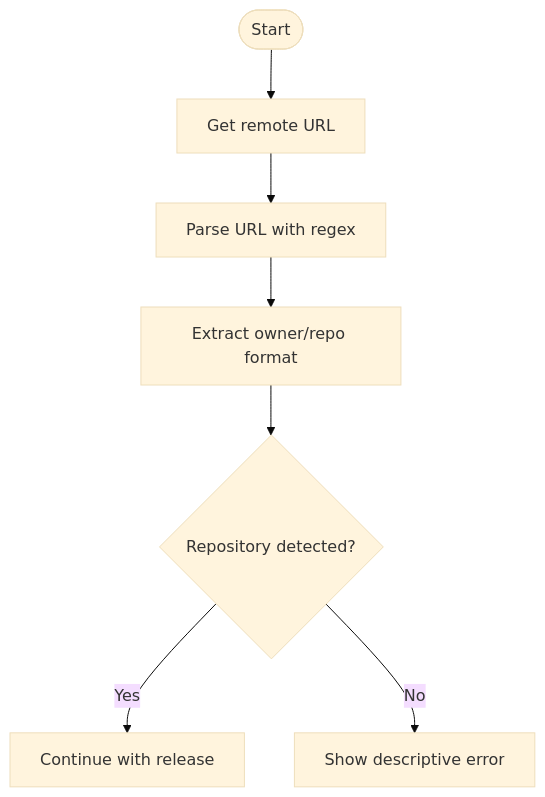
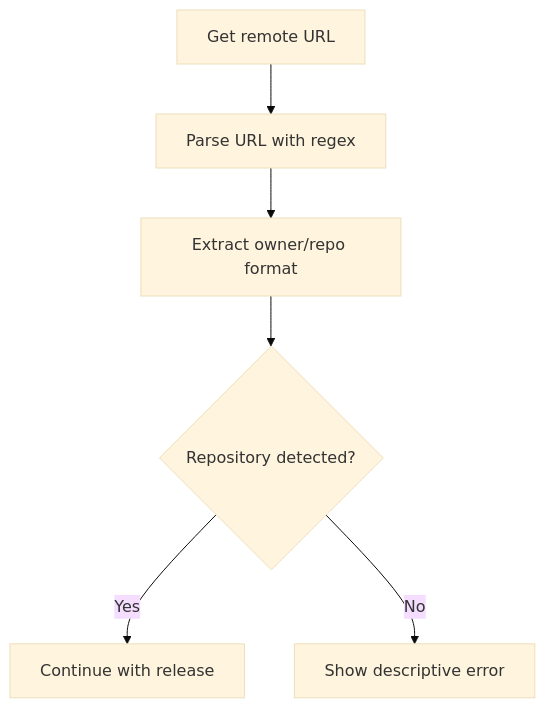
The fourth of 9 diagrams in .qoder/repowiki/en/content/Deployment & Operations/Release Process.md (sutanto1010/crablite), drawn with Mermaid (base theme) before and after one commit. The commit also changed other lines of this file and 47 other files, not shown here.

````diff
--- a/.qoder/repowiki/en/content/Deployment & Operations/Release Process.md
+++ b/.qoder/repowiki/en/content/Deployment & Operations/Release Process.md
@@ -136,9 +184,8 @@
 ```mermaid
 flowchart TD
-Start(["Start"]) --> GetURL["Get remote URL"]
-GetURL --> ParseURL["Parse URL with regex"]
+GetURL["Get remote URL"] --> ParseURL["Parse URL with regex"]
 ParseURL --> ExtractRepo["Extract owner/repo format"]
 ExtractRepo --> ValidateRepo{"Repository detected?"}
 ValidateRepo --> |Yes| Continue["Continue with release"]
 ValidateRepo --> |No| Error["Show descriptive error"]
 ```
````
